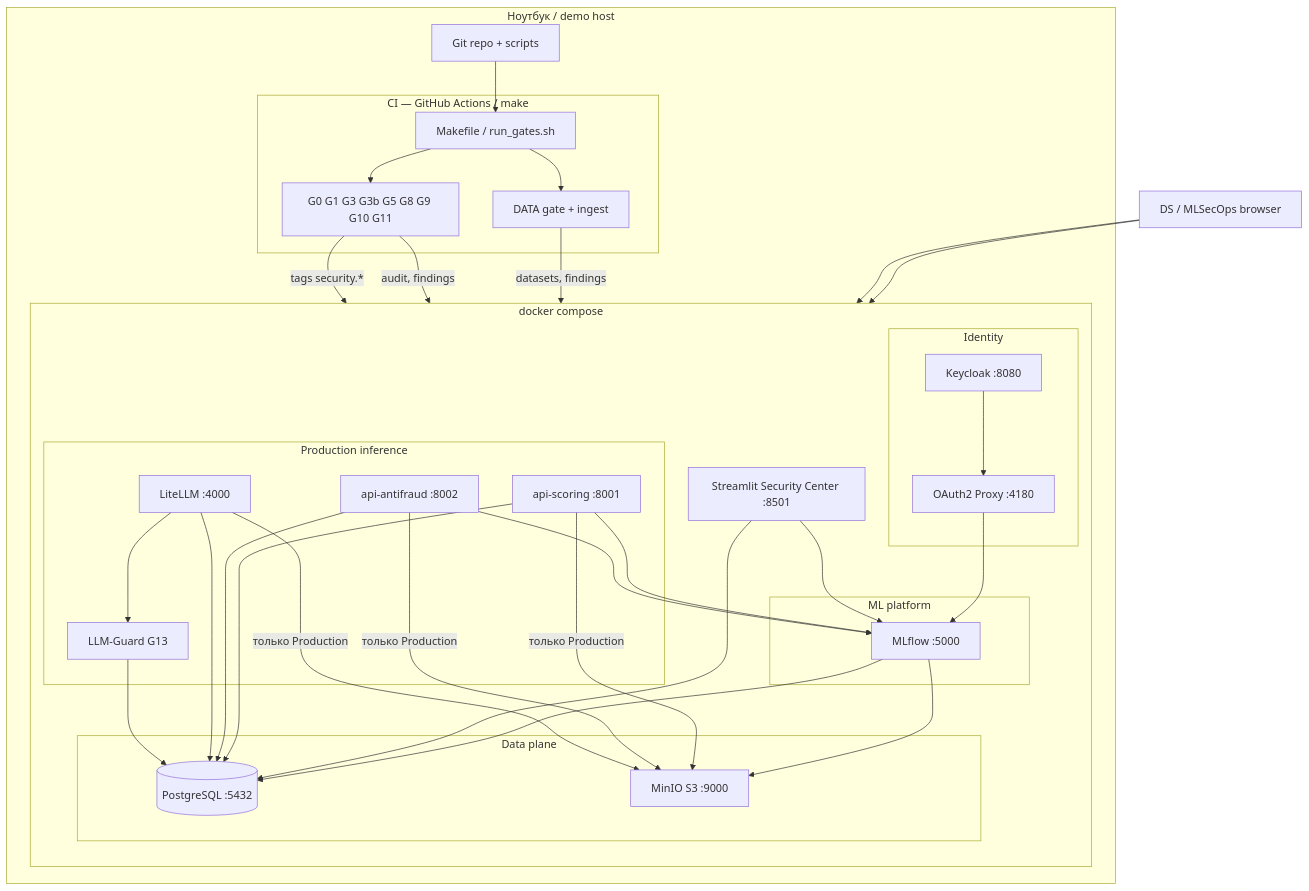
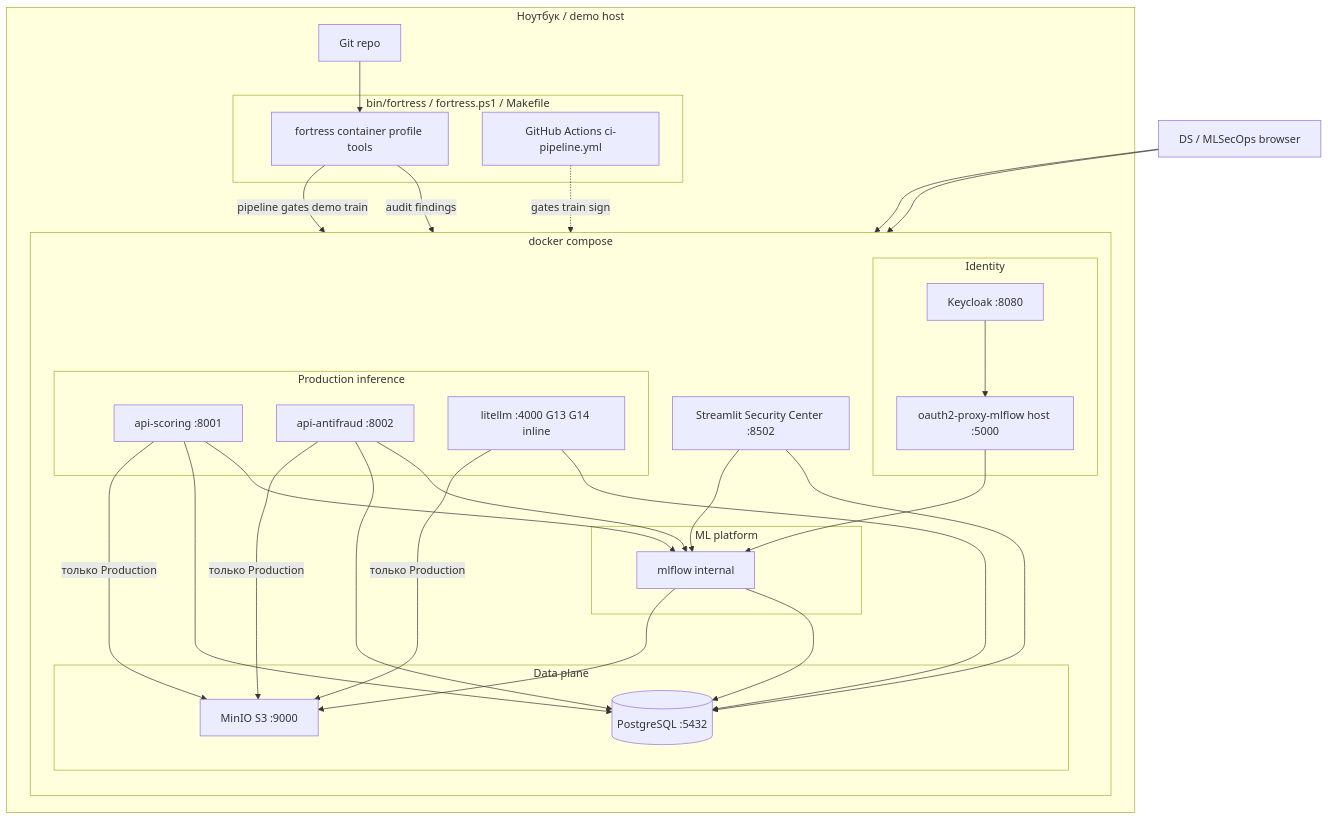
One commit to Ermakov764/Alfa_bank_MLSecOps changed the second of 10 diagrams in docs/architecture.md. Above: the diagram before and after it, drawn with Mermaid. The commit also changed other lines of this file and 10 other files, not shown here.

First line of the commit message:
docs: sync architecture and guides with current Docker stack

````diff
--- a/docs/architecture.md
+++ b/docs/architecture.md
@@ -37,64 +35,58 @@
 ```mermaid
 flowchart TB
   subgraph host [Ноутбук / demo host]
-    subgraph ci [CI — GitHub Actions / make]
-      MAKE[Makefile / run_gates.sh]
-      GATES_CLI[G0 G1 G3 G3b G5 G8 G9 G10 G11]
-      DATA_CLI[DATA gate + ingest]
+    subgraph cli [bin/fortress / fortress.ps1 / Makefile]
+      FORT[fortress container profile tools]
+      GHA[GitHub Actions ci-pipeline.yml]
     end
 
     subgraph compose [docker compose]
       direction TB
 
       subgraph auth [Identity]
         KC[Keycloak :8080]
-        OAUTH[OAuth2 Proxy :4180]
+        OAUTH[oauth2-proxy-mlflow host :5000]
       end
 
       subgraph data_plane [Data plane]
         PG[(PostgreSQL :5432)]
         MINIO[MinIO S3 :9000]
       end
 
       subgraph ml [ML platform]
-        MLF[MLflow :5000]
+        MLF[mlflow internal]
       end
 
       subgraph inference [Production inference]
         API1[api-scoring :8001]
         API2[api-antifraud :8002]
-        LIT[LiteLLM :4000]
-        GUARD[LLM-Guard G13]
+        LIT[litellm :4000 G13 G14 inline]
       end
 
-      UI[Streamlit Security Center :8501]
+      UI[Streamlit Security Center :8502]
     end
 
-    GIT[Git repo + scripts]
+    GIT[Git repo]
   end
 
-  GIT --> MAKE
-  MAKE --> GATES_CLI
-  MAKE --> DATA_CLI
-  GATES_CLI -->|tags security.*| MLF
-  DATA_CLI -->|datasets, findings| PG
-  GATES_CLI -->|audit, findings| PG
+  GIT --> FORT
+  FORT -->|pipeline gates demo train| MLF
+  FORT -->|audit findings| PG
+  GHA -.->|gates train sign| PG
 
   DS_USER[DS / MLSecOps browser] --> KC
   KC --> OAUTH
   OAUTH --> MLF
   DS_USER --> UI
 
   MLF --> PG
   MLF --> MINIO
   UI --> PG
   UI --> MLF
 
   API1 & API2 --> MLF
   API1 & API2 --> PG
-  LIT --> GUARD
   LIT --> PG
-  GUARD --> PG
 
   API1 & API2 & LIT -->|только Production| MINIO
 ```
````
